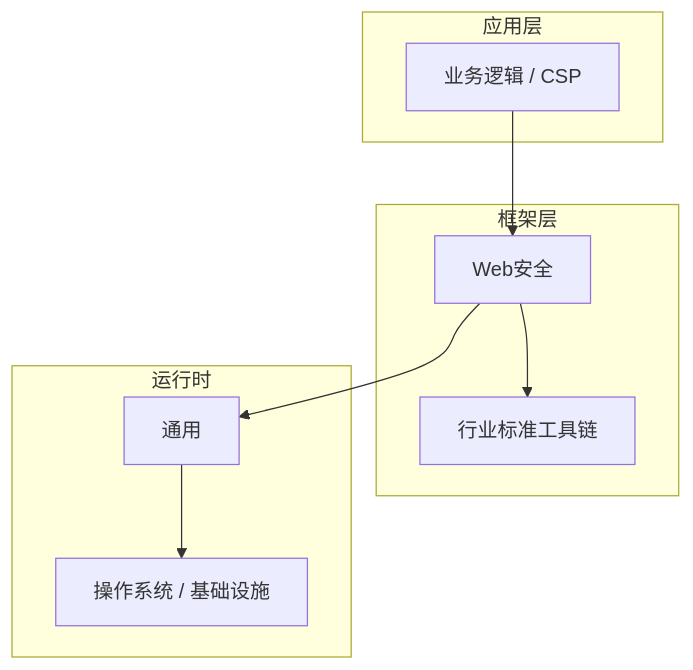
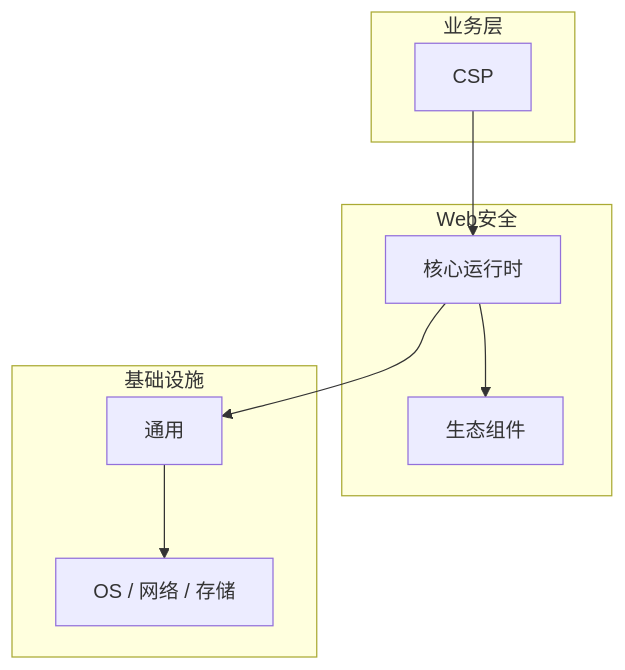
The diagram in articles/Web安全/chapters/091-CSP核心概念与原理.md (yanggan2015/knowledge-json-v2), drawn with Mermaid before and after one commit. The commit also changed other lines of this file and 10127 other files, not shown here.

````diff
--- a/articles/Web安全/chapters/091-CSP核心概念与原理.md
+++ b/articles/Web安全/chapters/091-CSP核心概念与原理.md
@@ -46,18 +31,18 @@
 ```mermaid
 graph TB
-    subgraph 应用层
-        A[业务逻辑 / CSP]
+    subgraph 业务层
+        A[CSP]
     end
-    subgraph 框架层
-        B[Web安全]
-        C[行业标准工具链]
+    subgraph Web安全
+        B[核心运行时]
+        C[生态组件]
     end
-    subgraph 运行时
+    subgraph 基础设施
         D[通用]
-        E[操作系统 / 基础设施]
+        E[OS / 网络 / 存储]
     end
     A --> B
     B --> C
     B --> D
     D --> E
 ```
````
